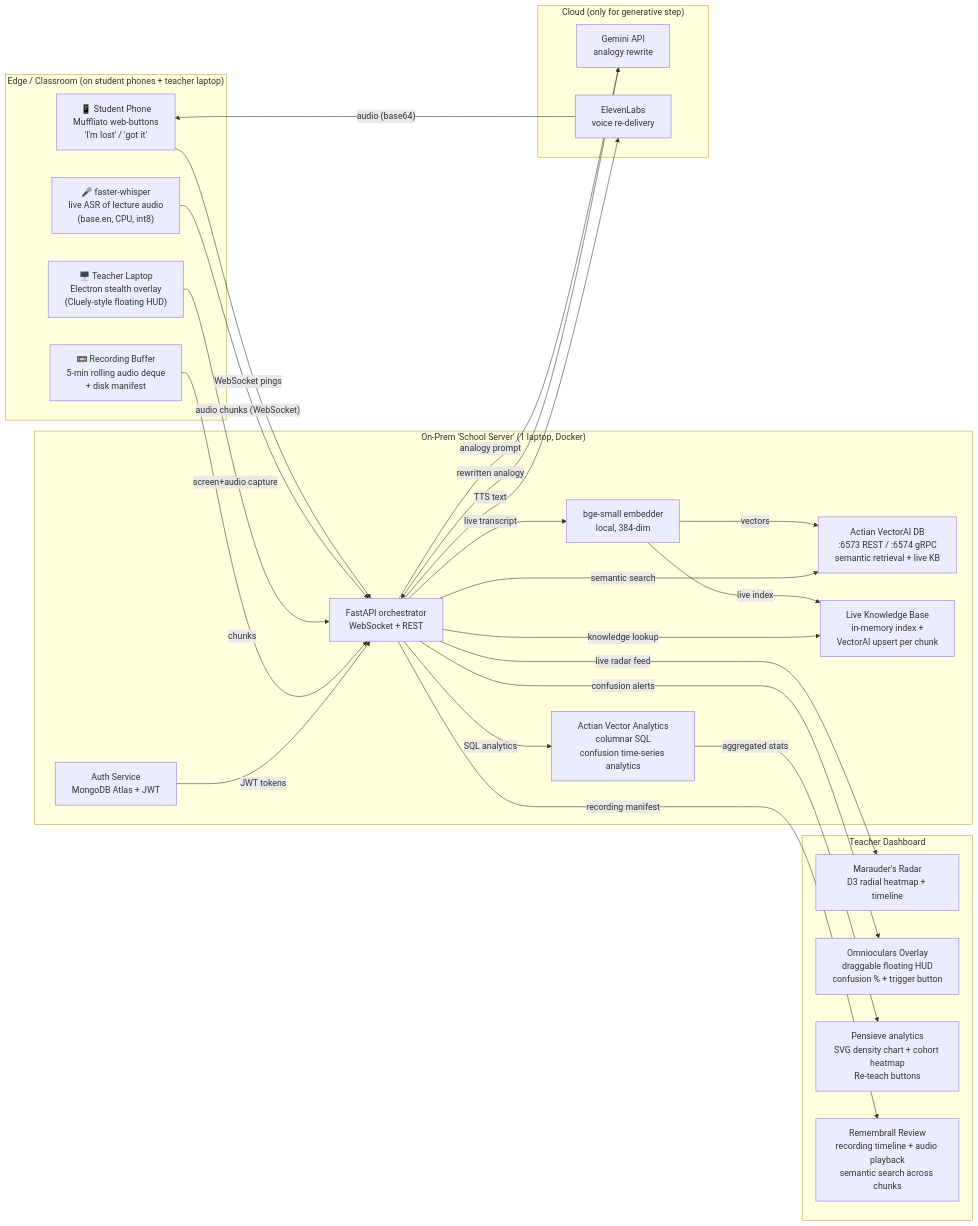
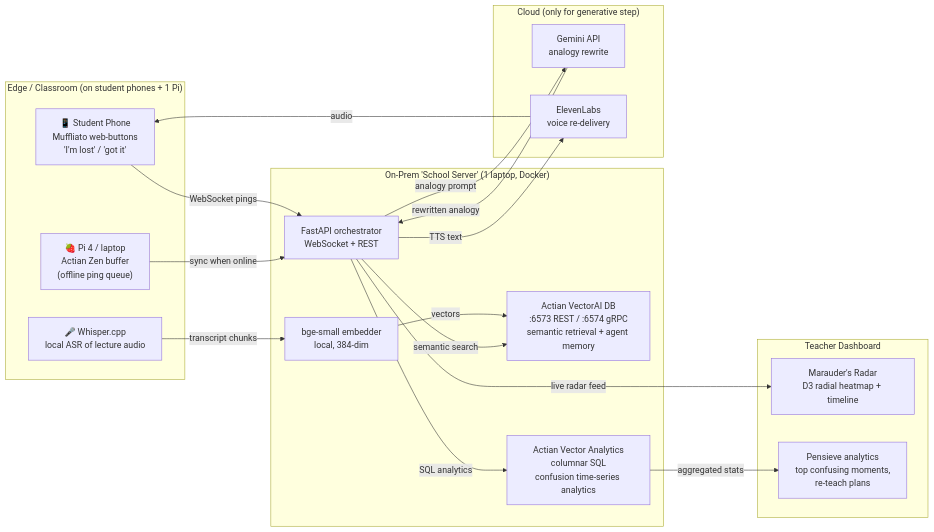
Before and after one commit to Sourodyuti/TeamTraction: the diagram in Legilimens — Full Build Blueprint.md, drawn with Mermaid. The commit also changed other lines of this file, not shown here.

Commit message:
feat: complete hackathon build with stealth overlay, live KB, and MongoDB auth

````diff
--- a/Legilimens — Full Build Blueprint.md
+++ b/Legilimens — Full Build Blueprint.md
@@ -30,46 +28,34 @@
 ```mermaid
 flowchart LR
-  subgraph EDGE["Edge / Classroom (on student phones + teacher laptop)"]
+  subgraph EDGE["Edge / Classroom (on student phones + 1 Pi)"]
     P1["📱 Student Phone<br/>Muffliato web-buttons<br/>'I'm lost' / 'got it'"]
-    P2["🎤 faster-whisper<br/>live ASR of lecture audio<br/>(base.en, CPU, int8)"]
-    P3["🖥️ Teacher Laptop<br/>Electron stealth overlay<br/>(Cluely-style floating HUD)"]
-    REC["📼 Recording Buffer<br/>5-min rolling audio deque<br/>+ disk manifest"]
+    P2["🎤 Whisper.cpp<br/>local ASR of lecture audio"]
+    P3["🍓 Pi 4 / laptop<br/>Actian Zen buffer<br/>(offline ping queue)"]
   end
   subgraph CORE["On-Prem 'School Server' (1 laptop, Docker)"]
-    ADB["Actian VectorAI DB<br/>:6573 REST / :6574 gRPC<br/>semantic retrieval + live KB"]
+    ADB["Actian VectorAI DB<br/>:6573 REST / :6574 gRPC<br/>semantic retrieval + agent memory"]
     AVEC["Actian Vector Analytics<br/>columnar SQL<br/>confusion time-series analytics"]
     API["FastAPI orchestrator<br/>WebSocket + REST"]
     EMB["bge-small embedder<br/>local, 384-dim"]
-    KB["Live Knowledge Base<br/>in-memory index +<br/>VectorAI upsert per chunk"]
-    AUTH["Auth Service<br/>MongoDB Atlas + JWT"]
   end
   subgraph CLOUD["Cloud (only for generative step)"]
     GEM["Gemini API<br/>analogy rewrite"]
     ELE["ElevenLabs<br/>voice re-delivery"]
   end
   subgraph UI["Teacher Dashboard"]
     RAD["Marauder's Radar<br/>D3 radial heatmap + timeline"]
-    OVL["Omnioculars Overlay<br/>draggable floating HUD<br/>confusion % + trigger button"]
-    PEN["Pensieve analytics<br/>SVG density chart + cohort heatmap<br/>Re-teach buttons"]
-    REV["Remembrall Review<br/>recording timeline + audio playback<br/>semantic search across chunks"]
+    PEN["Pensieve analytics<br/>top confusing moments,<br/>re-teach plans"]
   end
   P1 -- WebSocket pings --> API
-  P2 -- audio chunks (WebSocket) --> API
-  API -- live transcript --> EMB
-  P3 -- screen+audio capture --> API
-  REC -- chunks --> API
+  P2 -- transcript chunks --> EMB
+  P3 -- sync when online --> API
   EMB -- vectors --> ADB
-  EMB -- live index --> KB
   API -- semantic search --> ADB
-  API -- knowledge lookup --> KB
   API -- SQL analytics --> AVEC
   API -- analogy prompt --> GEM
   GEM -- rewritten analogy --> API
   API -- TTS text --> ELE
-  ELE -- audio (base64) --> P1
+  ELE -- audio --> P1
   API -- live radar feed --> RAD
-  API -- confusion alerts --> OVL
   AVEC -- aggregated stats --> PEN
-  API -- recording manifest --> REV
-  AUTH -- JWT tokens --> API
 ```
````
